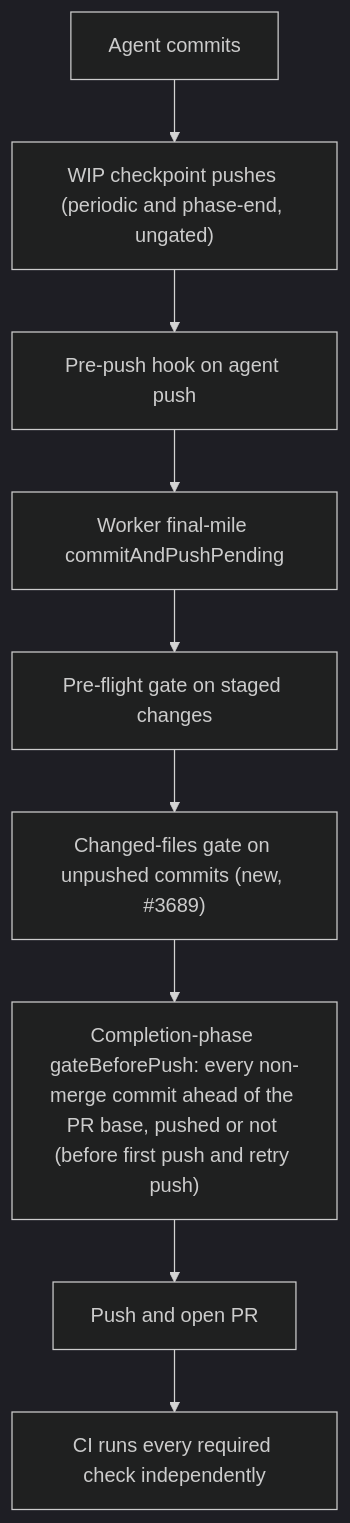
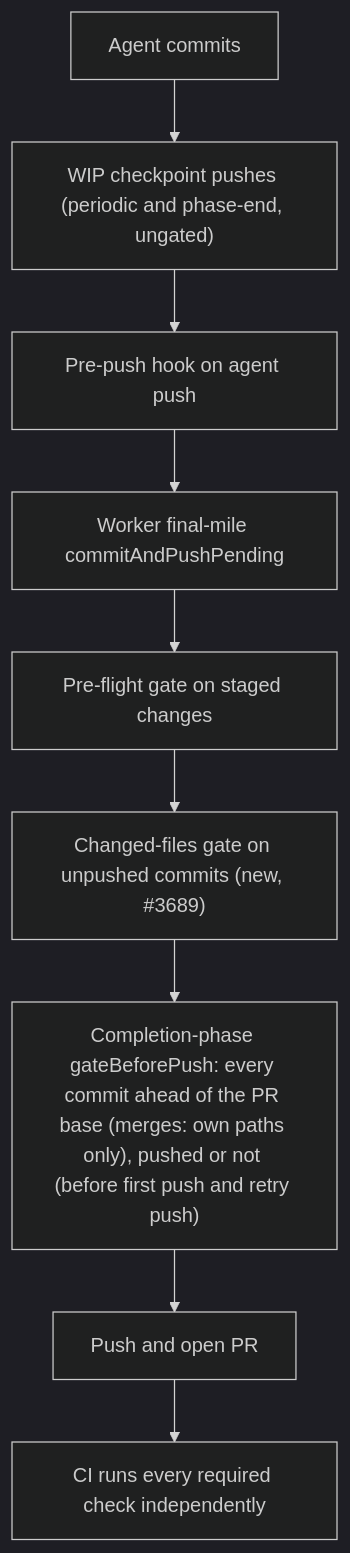
Before and after one commit to stSoftwareAU/VibeCoder: the diagram in docs/pre-pr-ci-audit.md, drawn with Mermaid (dark theme). The commit also changed other lines of this file and 11 other files, not shown here.

````diff
--- a/docs/pre-pr-ci-audit.md
+++ b/docs/pre-pr-ci-audit.md
@@ -56,11 +57,11 @@
 ```mermaid
 flowchart TD
     A["Agent commits"] --> W["WIP checkpoint pushes (periodic and phase-end, ungated)"]
     W --> B["Pre-push hook on agent push"]
     B --> C["Worker final-mile commitAndPushPending"]
     C --> D["Pre-flight gate on staged changes"]
     D --> E["Changed-files gate on unpushed commits (new, #3689)"]
-    E --> H["Completion-phase gateBeforePush: every non-merge commit ahead of the PR base, pushed or not (before first push and retry push)"]
+    E --> H["Completion-phase gateBeforePush: every commit ahead of the PR base (merges: own paths only), pushed or not (before first push and retry push)"]
     H --> F["Push and open PR"]
     F --> G["CI runs every required check independently"]
 ```
````
